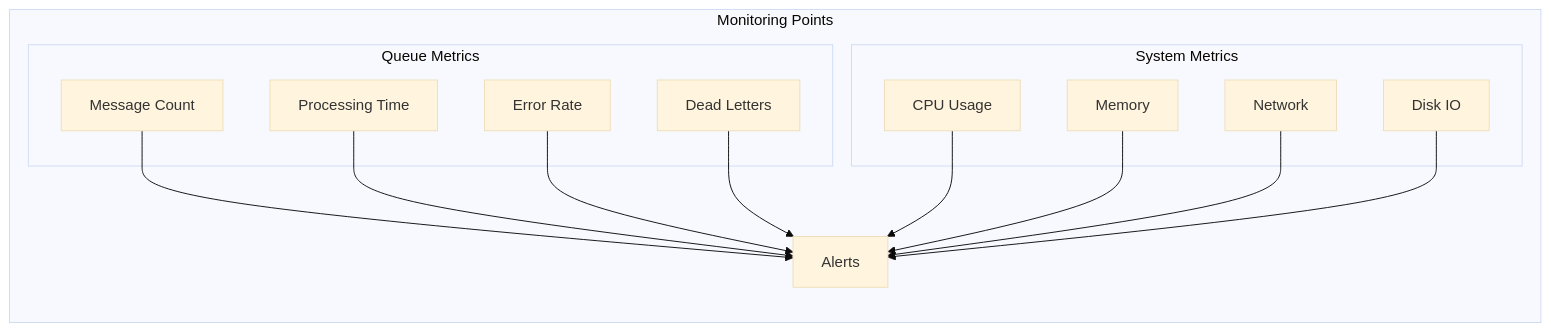
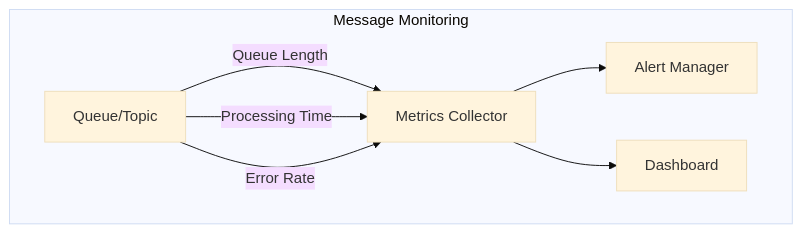
One commit to saravanakumarrc/Architecture_Journey changed the fourth of 4 diagrams in src/Message_Broker_Architectures.md. Above: the diagram before and after it, drawn with Mermaid (base theme). The commit also changed other lines of this file and 2 other files, not shown here.

Commit message:
Refactor documentation for Cloud & Infrastructure and Message Broker Architectures to include detailed links and enhance clarity on patterns and implementations.

````diff
--- a/src/Message_Broker_Architectures.md
+++ b/src/Message_Broker_Architectures.md
@@ -259,23 +406,15 @@
 ```mermaid
 graph TB
-    subgraph "Monitoring Points"
-        direction TB
+    subgraph "Message Monitoring"
+        Q[Queue/Topic]
+        M[Metrics Collector]
+        A[Alert Manager]
+        D[Dashboard]
         
-        subgraph "Queue Metrics"
-            M1[Message Count]
-            M2[Processing Time]
-            M3[Error Rate]
-            M4[Dead Letters]
-        end
-        
-        subgraph "System Metrics"
-            S1[CPU Usage]
-            S2[Memory]
-            S3[Network]
-            S4[Disk IO]
-        end
-        
-        M1 & M2 & M3 & M4 --> A[Alerts]
-        S1 & S2 & S3 & S4 --> A
+        Q -->|Queue Length| M
+        Q -->|Processing Time| M
+        Q -->|Error Rate| M
+        M --> A
+        M --> D
     end
 ```
````
